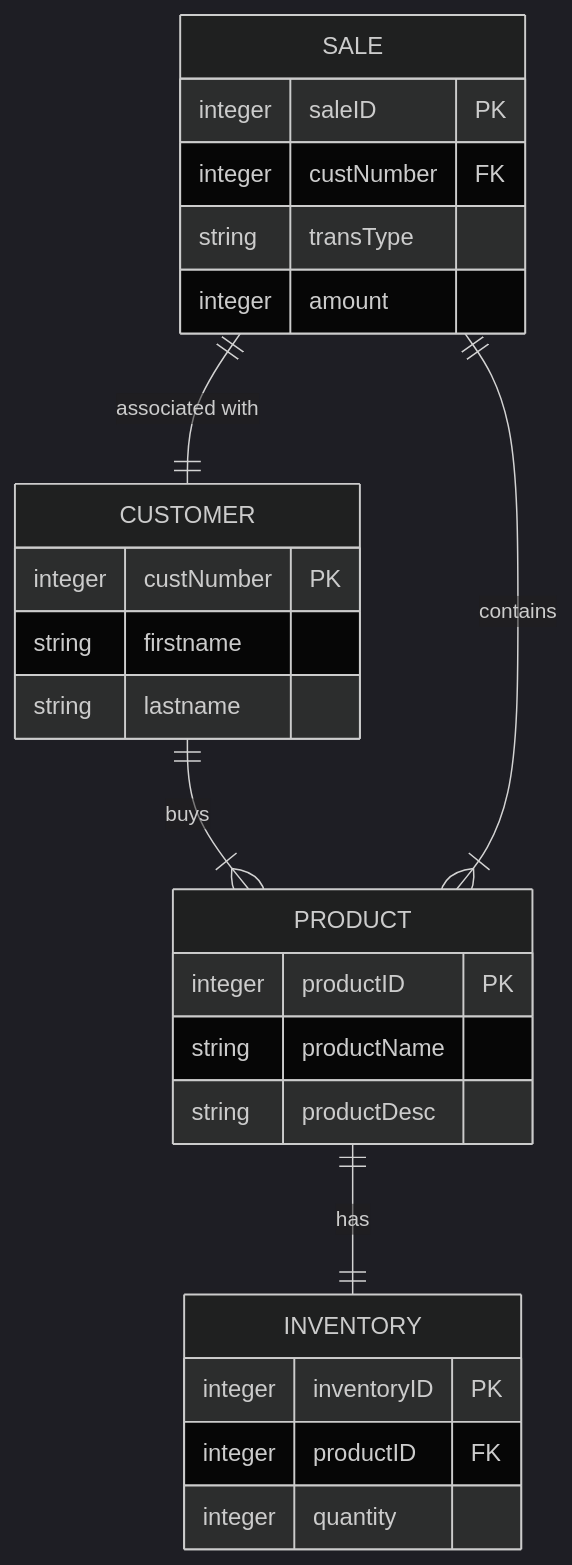
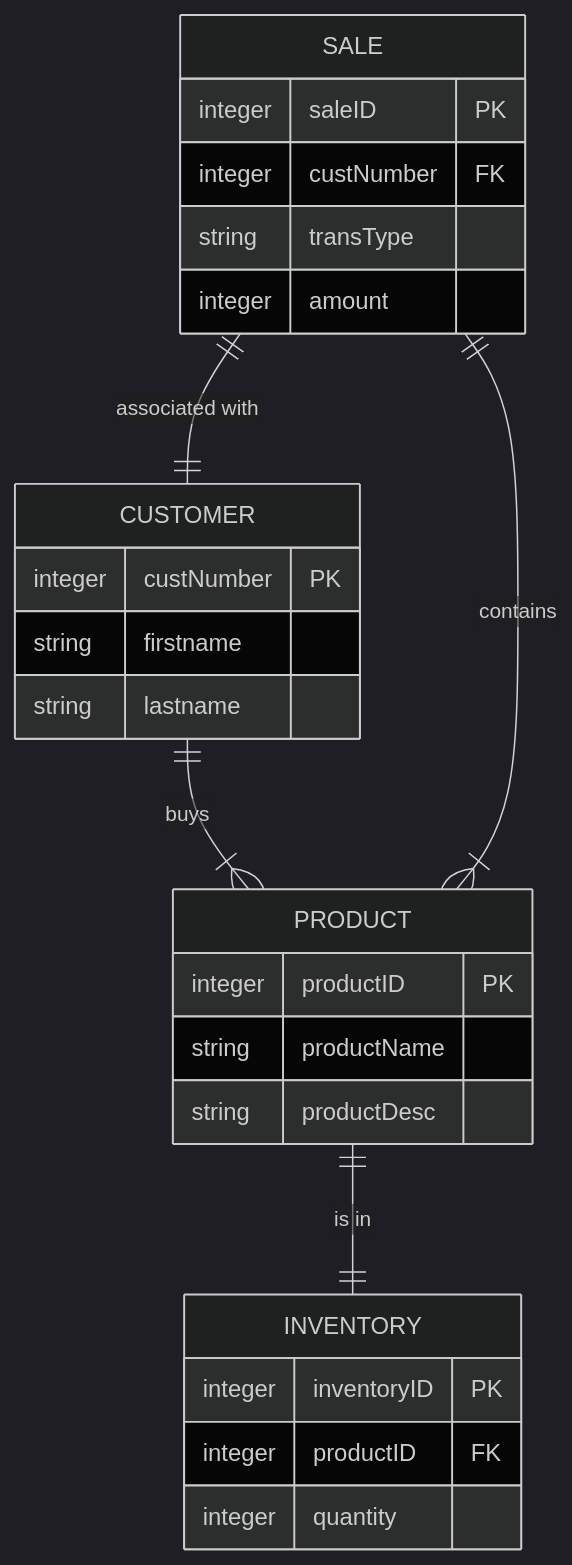
The diagram in NikeStore_ERD.md (bjdebnam21/bjdebnam21), drawn with Mermaid (dark theme) before and after one commit.

````diff
--- a/NikeStore_ERD.md
+++ b/NikeStore_ERD.md
@@ -1,30 +1,30 @@
 ```mermaid
 
 erDiagram
     CUSTOMER || --}| PRODUCT : buys
-    PRODUCT || -- || INVENTORY : has
+    PRODUCT || -- || INVENTORY : "is in"
     PRODUCT {
         integer productID PK
         string  productName
         string  productDesc
     } 
     CUSTOMER {
         integer custNumber PK
         string firstname
         string lastname
   }
     SALE || -- || CUSTOMER : "associated with"
   SALE {
         integer saleID  PK
         integer custNumber FK
         string  transType
         integer amount
   }
   INVENTORY {
         integer  inventoryID PK
         integer productID FK
         integer quantity
   }
   SALE ||--|{ PRODUCT : contains
 
   ```
````
